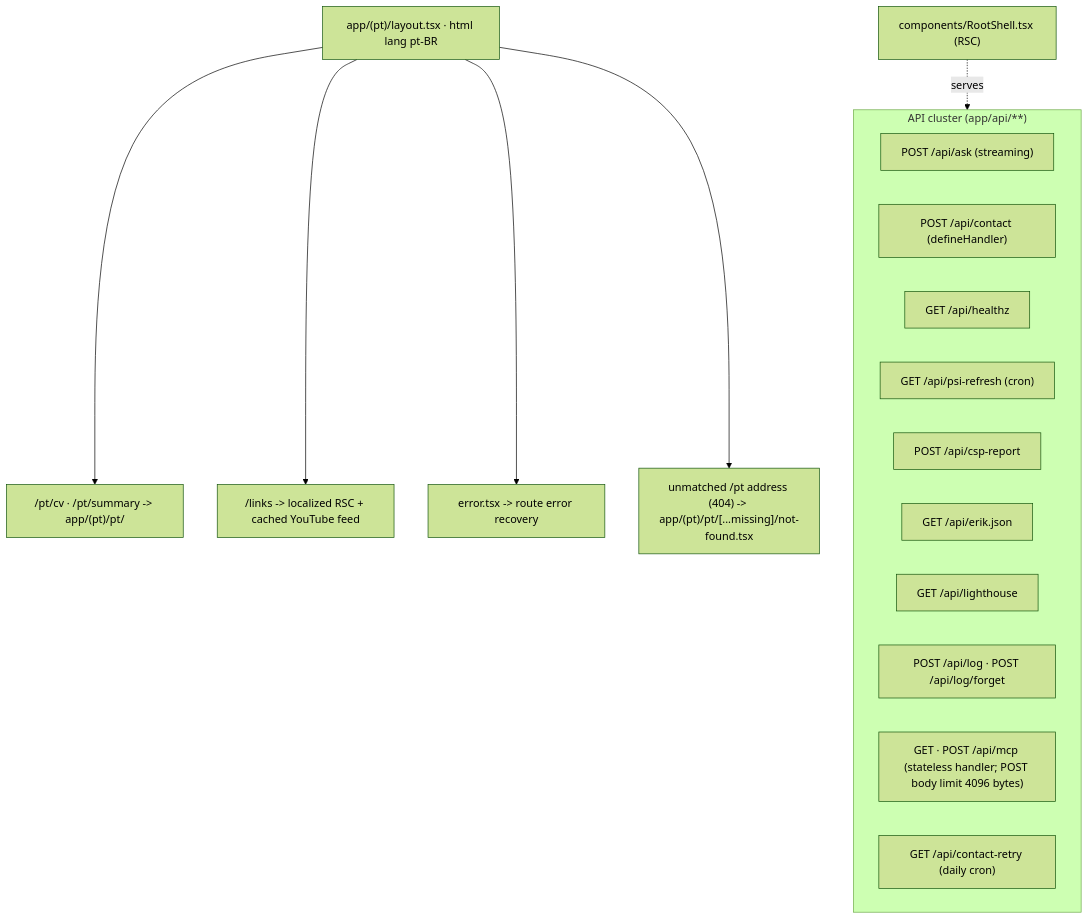
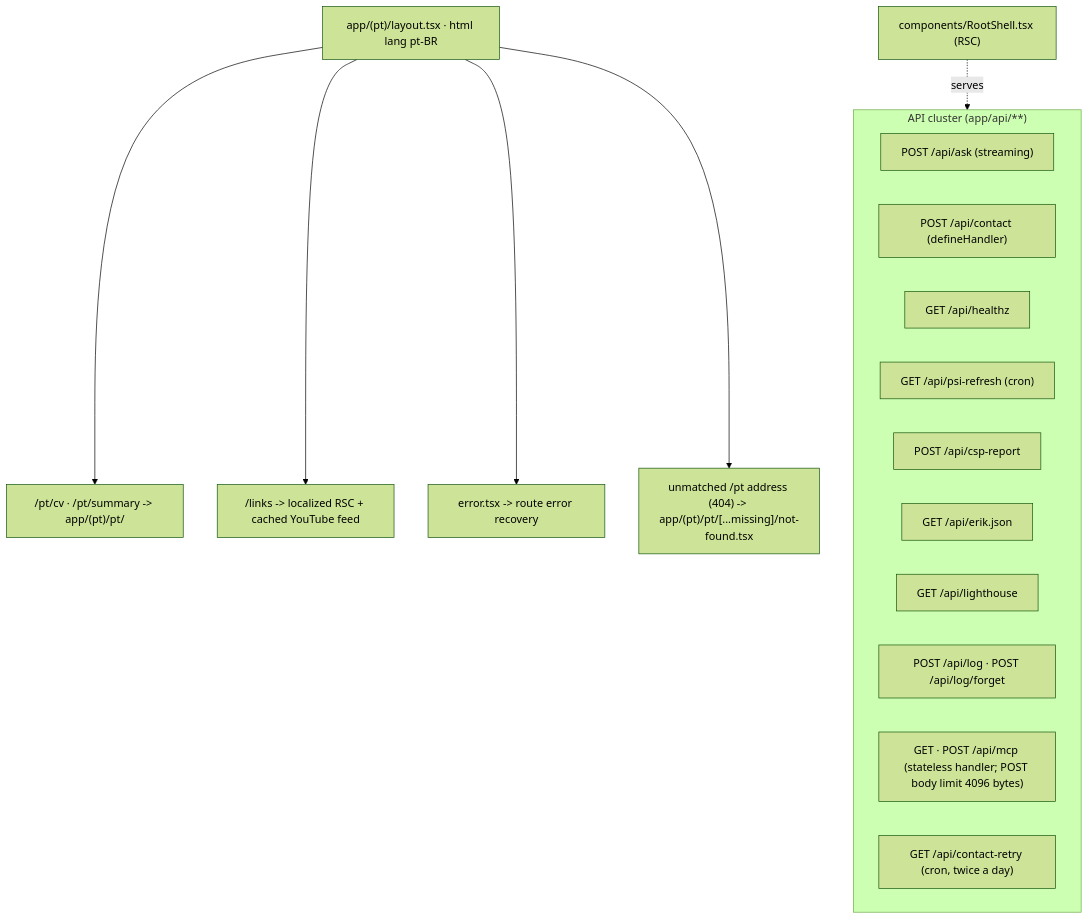
One commit to erikunha/portfolio changed the third of 14 diagrams in docs/03-rendering-and-data-flow.md. Above: the diagram before and after it, drawn with Mermaid (forest theme). The commit also changed other lines of this file and 15 other files, not shown here.

First line of the commit message:
docs(decisions): state the twice-daily contact retry, the dollar budget keys and the late a11y fixes

````diff
--- a/docs/03-rendering-and-data-flow.md
+++ b/docs/03-rendering-and-data-flow.md
@@ -50,21 +50,21 @@
 ```mermaid
 flowchart TD
     layoutPt["app/(pt)/layout.tsx · html lang pt-BR"]
     layoutPt --> ptReading["/pt/cv · /pt/summary -> app/(pt)/pt/"]
     layoutPt --> linksPt["/links -> localized RSC + cached YouTube feed"]
     layoutPt --> errorsPt["error.tsx -> route error recovery"]
     layoutPt --> nfPt["unmatched /pt address (404) -> app/(pt)/pt/[...missing]/not-found.tsx"]
     shell["components/RootShell.tsx (RSC)"] -.serves.-> api
     subgraph api["API cluster (app/api/**)"]
     api1["POST /api/ask (streaming)"]
     api2["POST /api/contact (defineHandler)"]
     api3["GET /api/healthz"]
     api4["GET /api/psi-refresh (cron)"]
     api5["POST /api/csp-report"]
     api6["GET /api/erik.json"]
     api7["GET /api/lighthouse"]
     api8["POST /api/log · POST /api/log/forget"]
     api9["GET · POST /api/mcp (stateless handler; POST body limit 4096 bytes)"]
-    api10["GET /api/contact-retry (daily cron)"]
+    api10["GET /api/contact-retry (cron, twice a day)"]
     end
 ```
````
